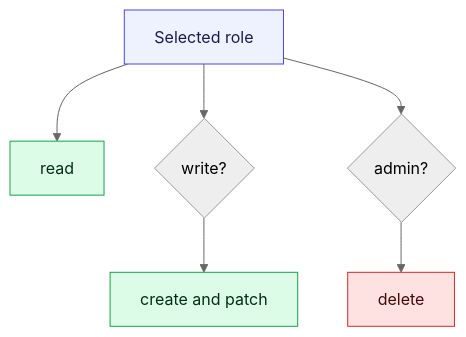
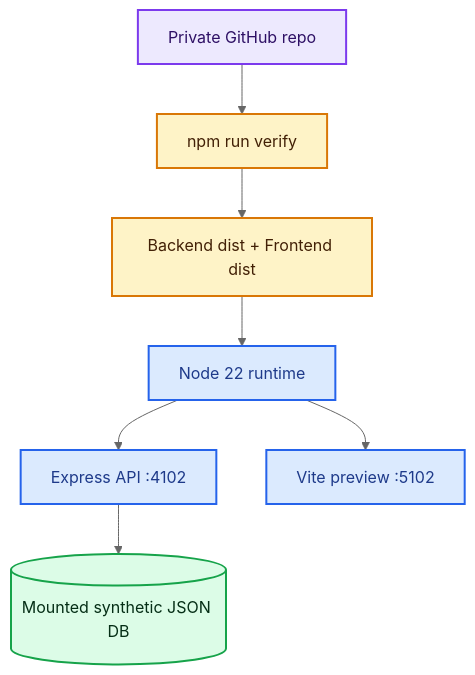
The fourth of 4 diagrams in docs/DIAGRAMS.md (jprbom/bharat-upi-interdict), drawn with Mermaid (neutral theme) before and after one commit. The commit also changed other lines of this file and 6 other files, not shown here.

```diff
--- a/docs/DIAGRAMS.md
+++ b/docs/DIAGRAMS.md
@@ -106,14 +76,14 @@
 ~~~mermaid
-flowchart TD
-  Role["Selected role"] --> Read["read"]
-  Role --> Write{"write?"}
-  Role --> Admin{"admin?"}
-  Write --> Create["create and patch"]
-  Admin --> Delete["delete"]
-  classDef role fill:#eef2ff,stroke:#4f46e5,color:#1e1b4b
-  classDef ok fill:#dcfce7,stroke:#16a34a,color:#052e16
-  classDef danger fill:#fee2e2,stroke:#dc2626,color:#450a0a
-  class Role role
-  class Read,Create ok
-  class Delete danger
+flowchart TB
+  Repo["Private GitHub repo"]:::repo --> CI["npm run verify"]:::ci
+  CI --> Build["Backend dist + Frontend dist"]:::ci
+  Build --> Runtime["Node 22 runtime"]:::runtime
+  Runtime --> Backend["Express API :4102"]:::runtime
+  Runtime --> Frontend["Vite preview :5102"]:::runtime
+  Backend --> DB[("Mounted synthetic JSON DB")]:::data
+
+  classDef repo fill:#ede9fe,stroke:#7c3aed,stroke-width:2px,color:#2e1065
+  classDef ci fill:#fef3c7,stroke:#d97706,stroke-width:2px,color:#422006
+  classDef runtime fill:#dbeafe,stroke:#2563eb,stroke-width:2px,color:#1e3a8a
+  classDef data fill:#dcfce7,stroke:#16a34a,stroke-width:2px,color:#052e16
 ~~~
```
